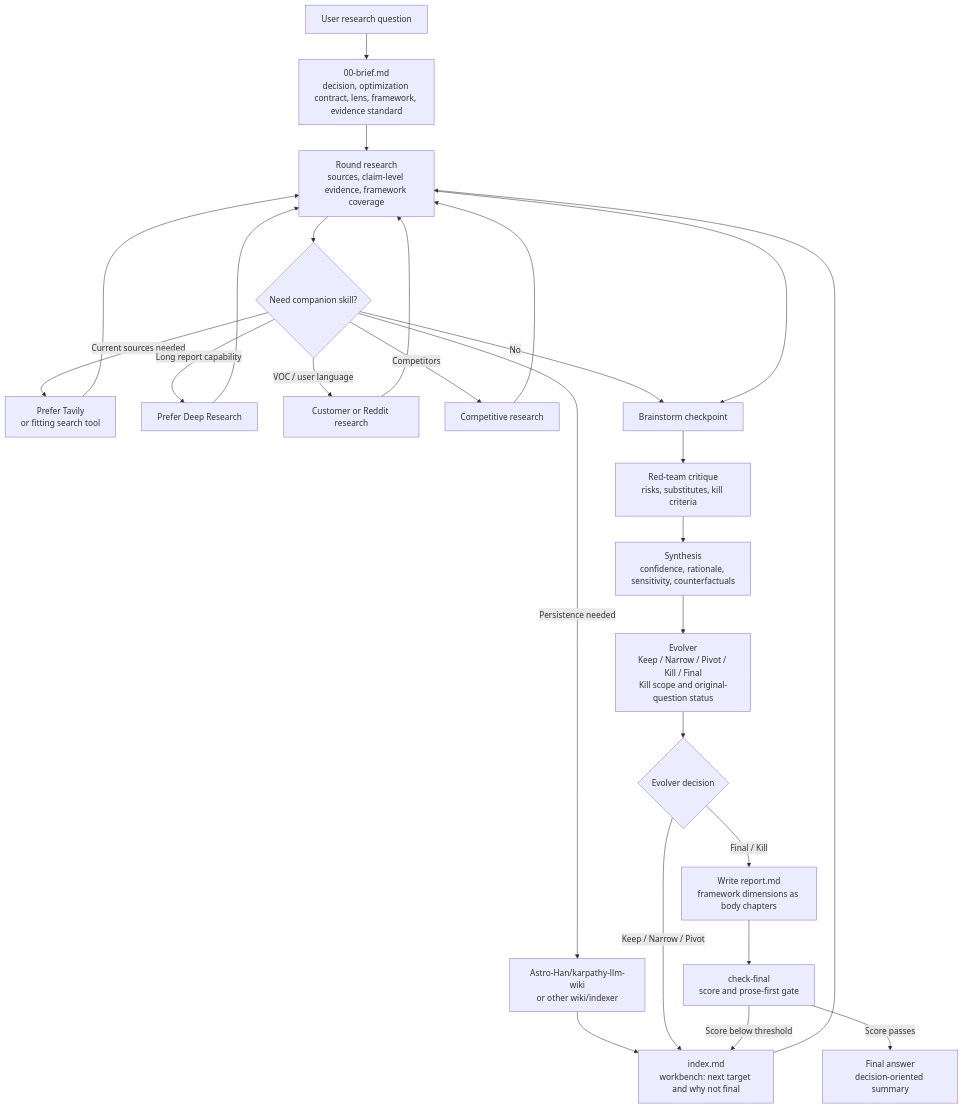
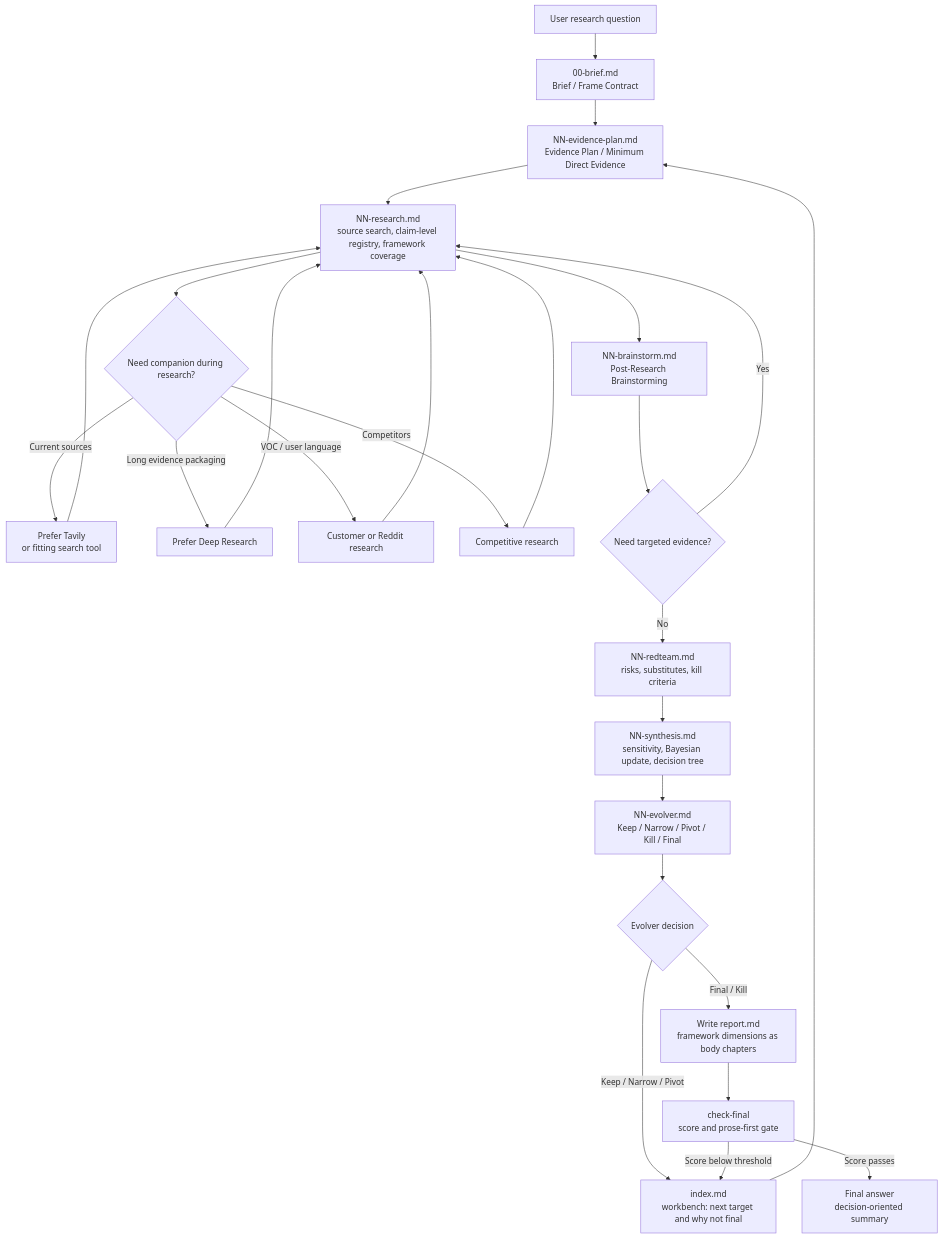
Before and after one commit to GoatGit/super-survey: the diagram in README.md, drawn with Mermaid. The commit also changed other lines of this file and 7 other files, not shown here.

Commit message:
Stage survey rounds with evidence plan

````diff
--- a/README.md
+++ b/README.md
@@ -204,28 +231,28 @@
 ```mermaid
 flowchart TD
-    A[User research question] --> B[00-brief.md<br/>decision, optimization contract, lens, framework, evidence standard]
-    B --> C[Round research<br/>sources, claim-level evidence, framework coverage]
-    C --> D{Need companion skill?}
-    D -->|Current sources needed| D1[Prefer Tavily<br/>or fitting search tool]
-    D -->|Long report capability| D2[Prefer Deep Research]
+    A[User research question] --> B[00-brief.md<br/>Brief / Frame Contract]
+    B --> P[NN-evidence-plan.md<br/>Evidence Plan / Minimum Direct Evidence]
+    P --> C[NN-research.md<br/>source search, claim-level registry, framework coverage]
+    C --> D{Need companion during research?}
+    D -->|Current sources| D1[Prefer Tavily<br/>or fitting search tool]
+    D -->|Long evidence packaging| D2[Prefer Deep Research]
     D -->|VOC / user language| D3[Customer or Reddit research]
     D -->|Competitors| D4[Competitive research]
-    D -->|Persistence needed| D5[Astro-Han/karpathy-llm-wiki<br/>or other wiki/indexer]
-    D -->|No| E[Brainstorm checkpoint]
     D1 --> C
     D2 --> C
     D3 --> C
     D4 --> C
-    D5 --> I[index.md]
-    C --> E[Brainstorm checkpoint]
-    E --> F[Red-team critique<br/>risks, substitutes, kill criteria]
-    F --> G[Synthesis<br/>confidence, rationale, sensitivity, counterfactuals]
-    G --> H[Evolver<br/>Keep / Narrow / Pivot / Kill / Final<br/>Kill scope and original-question status]
+    C --> E[NN-brainstorm.md<br/>Post-Research Brainstorming]
+    E --> X{Need targeted evidence?}
+    X -->|Yes| C
+    X -->|No| F[NN-redteam.md<br/>risks, substitutes, kill criteria]
+    F --> G[NN-synthesis.md<br/>sensitivity, Bayesian update, decision tree]
+    G --> H[NN-evolver.md<br/>Keep / Narrow / Pivot / Kill / Final]
     H --> Q{Evolver decision}
     Q -->|Keep / Narrow / Pivot| I[index.md<br/>workbench: next target and why not final]
-    I --> C
+    I --> P
     Q -->|Final / Kill| J[Write report.md<br/>framework dimensions as body chapters]
     J --> R[check-final<br/>score and prose-first gate]
     R -->|Score below threshold| I
     R -->|Score passes| K[Final answer<br/>decision-oriented summary]
 ```
````
